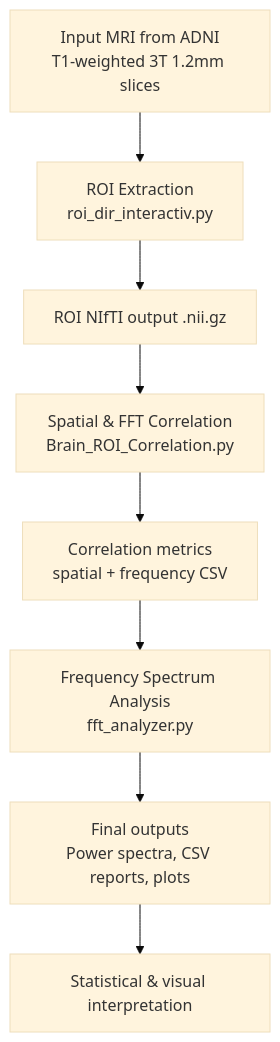
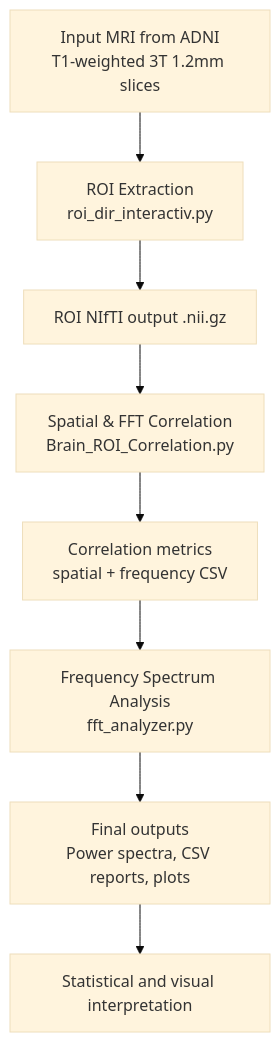
Before and after one commit to AmirhoseinNasrollahi/alzheimers-early-detection: the diagram in README.md, drawn with Mermaid (base theme).

````diff
--- a/README.md
+++ b/README.md
@@ -24,10 +24,10 @@
 ```mermaid
 flowchart TD
     A[Input MRI from ADNI\nT1-weighted 3T 1.2mm slices] --> B[ROI Extraction\nroi_dir_interactiv.py]
     B --> C[ROI NIfTI output .nii.gz]
     C --> D[Spatial & FFT Correlation\nBrain_ROI_Correlation.py]
     D --> E[Correlation metrics\nspatial + frequency CSV]
     E --> F[Frequency Spectrum Analysis\nfft_analyzer.py]
     F --> G[Final outputs\nPower spectra, CSV reports, plots]
-    G --> H[Statistical & visual interpretation]
+    G --> H[Statistical and visual interpretation]
 ```
````
